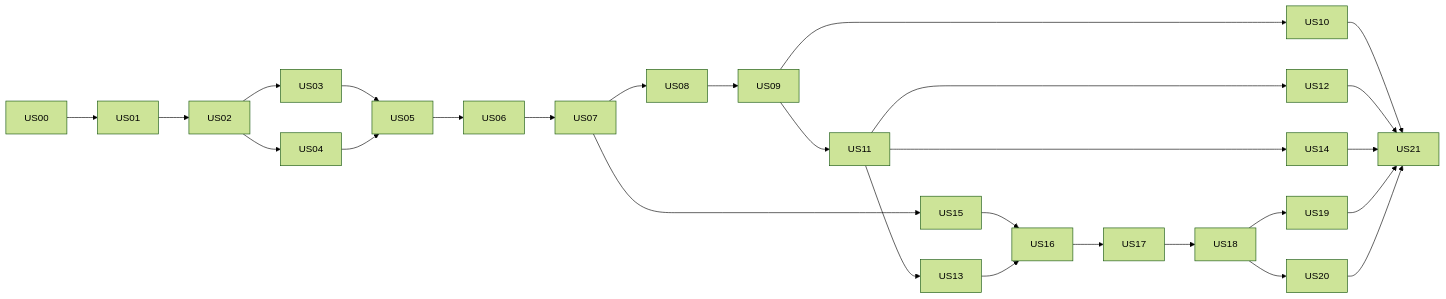
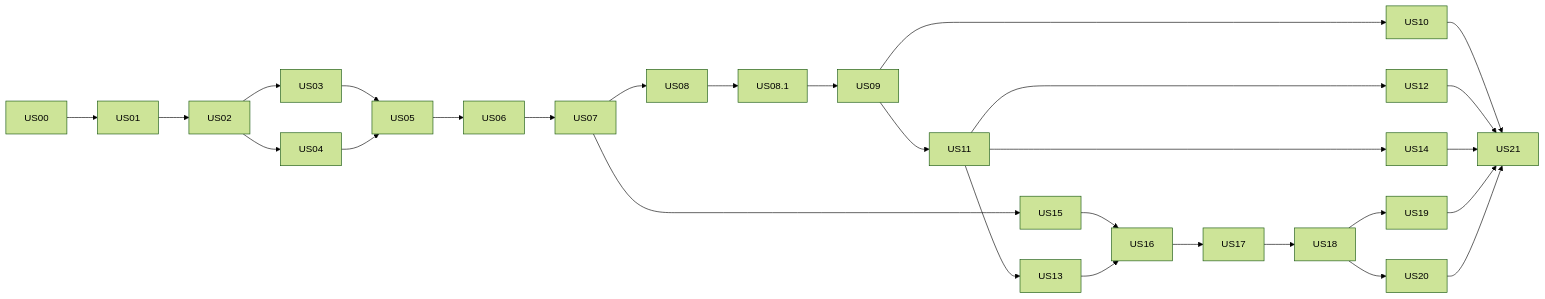
The second of 2 diagrams in docs/user-stories/README.md (tueanhtruong/xray-tool), drawn with Mermaid (forest theme) before and after one commit. The commit also changed other lines of this file and 88 other files, not shown here.

````diff
--- a/docs/user-stories/README.md
+++ b/docs/user-stories/README.md
@@ -57,10 +58,10 @@
 ```mermaid
 graph LR
   US00 --> US01 --> US02 --> US03 --> US05
-  US02 --> US04 --> US05 --> US06 --> US07 --> US08 --> US09
+  US02 --> US04 --> US05 --> US06 --> US07 --> US08 --> US081[US08.1] --> US09
   US09 --> US10 & US11
   US11 --> US12 & US13 & US14
   US07 --> US15 --> US16
   US13 --> US16 --> US17 --> US18 --> US19 & US20
   US10 & US12 & US14 & US19 & US20 --> US21
 ```
````
